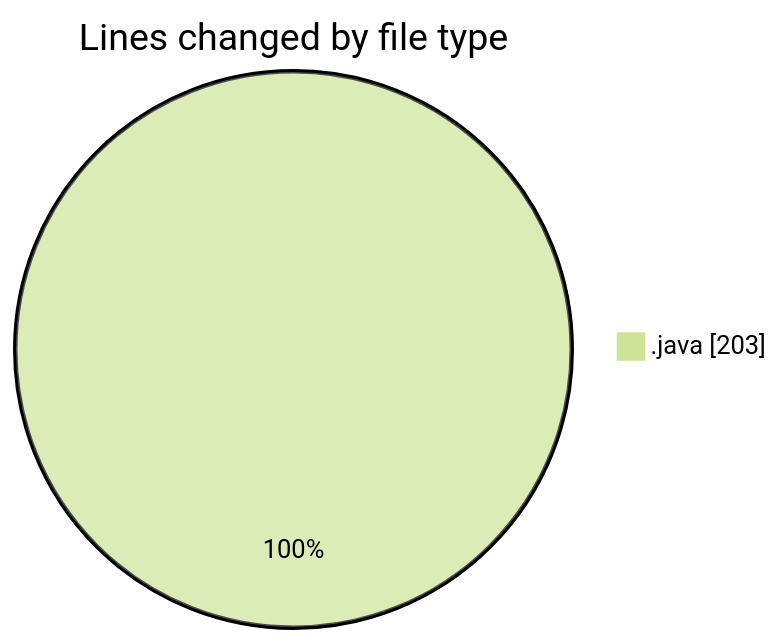
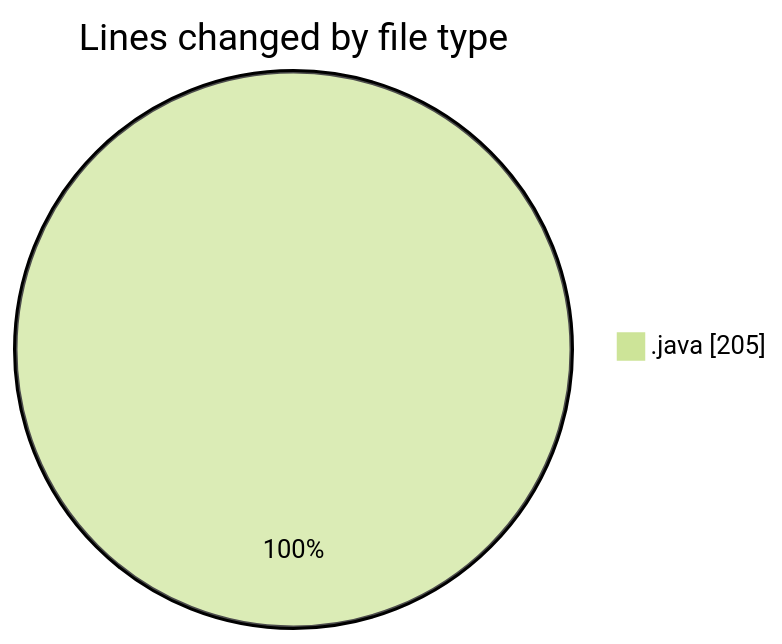
One commit to NitaiMahat/code-tracking changed the first of 2 diagrams in 2025-02-27/project1/README.md. Above: the diagram before and after it, drawn with Mermaid (forest theme). The commit also changed other lines of this file and 1 other file, not shown here.

````diff
--- a/2025-02-27/project1/README.md
+++ b/2025-02-27/project1/README.md
@@ -20,5 +20,5 @@
 ```mermaid
 pie showData
 title Lines changed by file type
-".java" : 203
+".java" : 205
 ```
````
